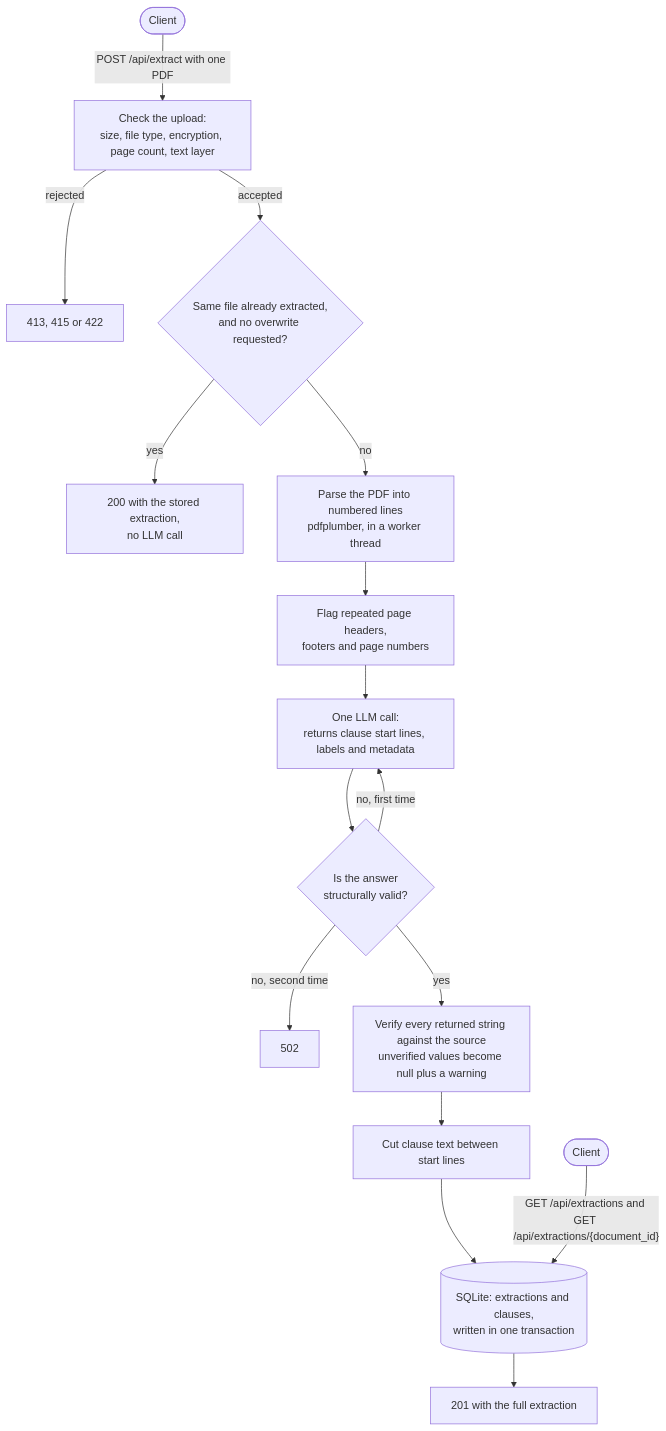
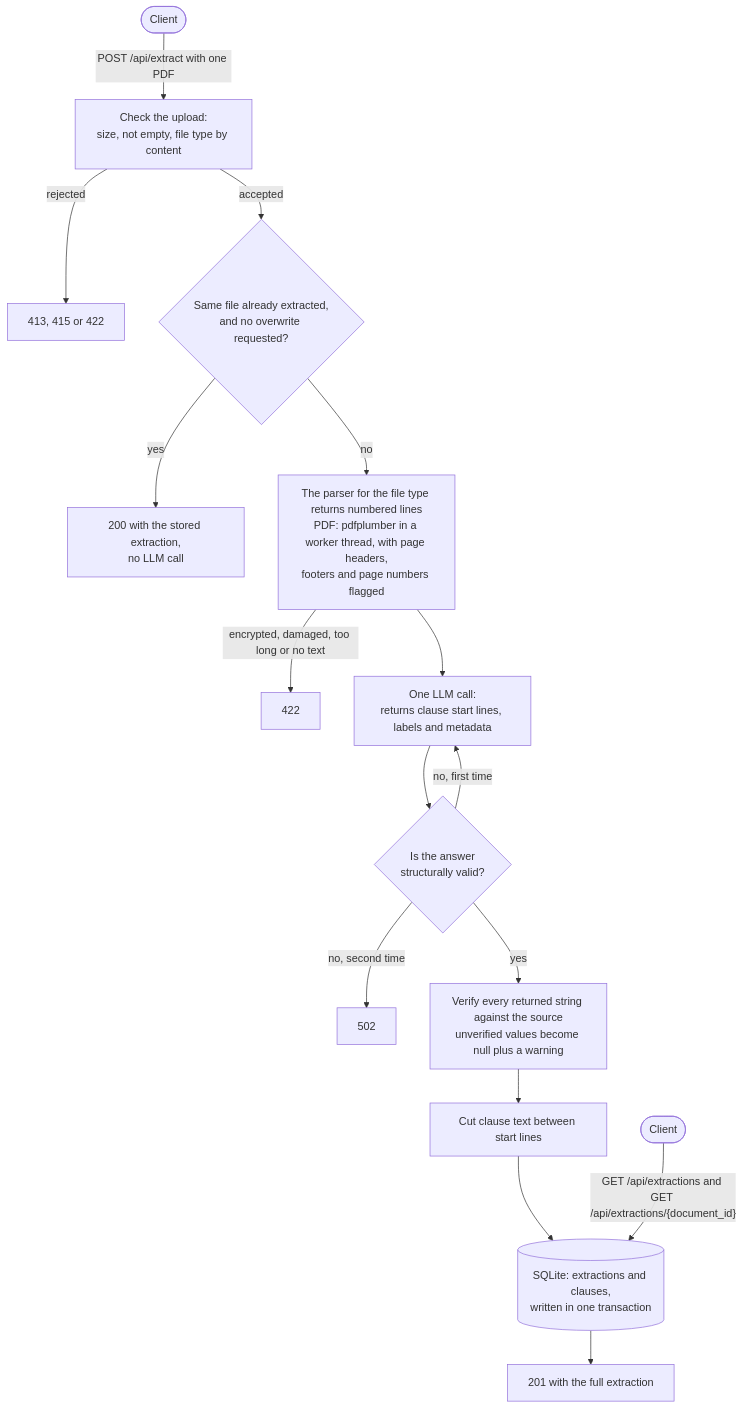
Before and after one commit to abazaenis/legal-clause-extractor: the diagram in README.md, drawn with Mermaid. The commit also changed other lines of this file and 30 other files, not shown here.

First line of the commit message:
Add PDF parsing behind a parser interface

````diff
--- a/README.md
+++ b/README.md
@@ -7,18 +7,18 @@
 ```mermaid
 flowchart TD
-    client(["Client"]) -->|"POST /api/extract with one PDF"| checks["Check the upload:<br/>size, file type, encryption, page count, text layer"]
+    client(["Client"]) -->|"POST /api/extract with one PDF"| checks["Check the upload:<br/>size, not empty, file type by content"]
     checks -->|"rejected"| reject["413, 415 or 422"]
     checks -->|"accepted"| known{"Same file already extracted,<br/>and no overwrite requested?"}
     known -->|"yes"| stored["200 with the stored extraction,<br/>no LLM call"]
-    known -->|"no"| parse["Parse the PDF into numbered lines<br/>pdfplumber, in a worker thread"]
-    parse --> noise["Flag repeated page headers,<br/>footers and page numbers"]
-    noise --> llm["One LLM call:<br/>returns clause start lines, labels and metadata"]
+    known -->|"no"| parse["The parser for the file type returns numbered lines<br/>PDF: pdfplumber in a worker thread, with page headers,<br/>footers and page numbers flagged"]
+    parse -->|"encrypted, damaged, too long or no text"| unreadable["422"]
+    parse --> llm["One LLM call:<br/>returns clause start lines, labels and metadata"]
     llm --> valid{"Is the answer<br/>structurally valid?"}
     valid -->|"no, first time"| llm
     valid -->|"no, second time"| fail["502"]
     valid -->|"yes"| verify["Verify every returned string against the source<br/>unverified values become null plus a warning"]
     verify --> cut["Cut clause text between start lines"]
     cut --> store[("SQLite: extractions and clauses,<br/>written in one transaction")]
     store --> created["201 with the full extraction"]
     reader(["Client"]) -->|"GET /api/extractions and GET /api/extractions/{document_id}"| store
 ```
````
